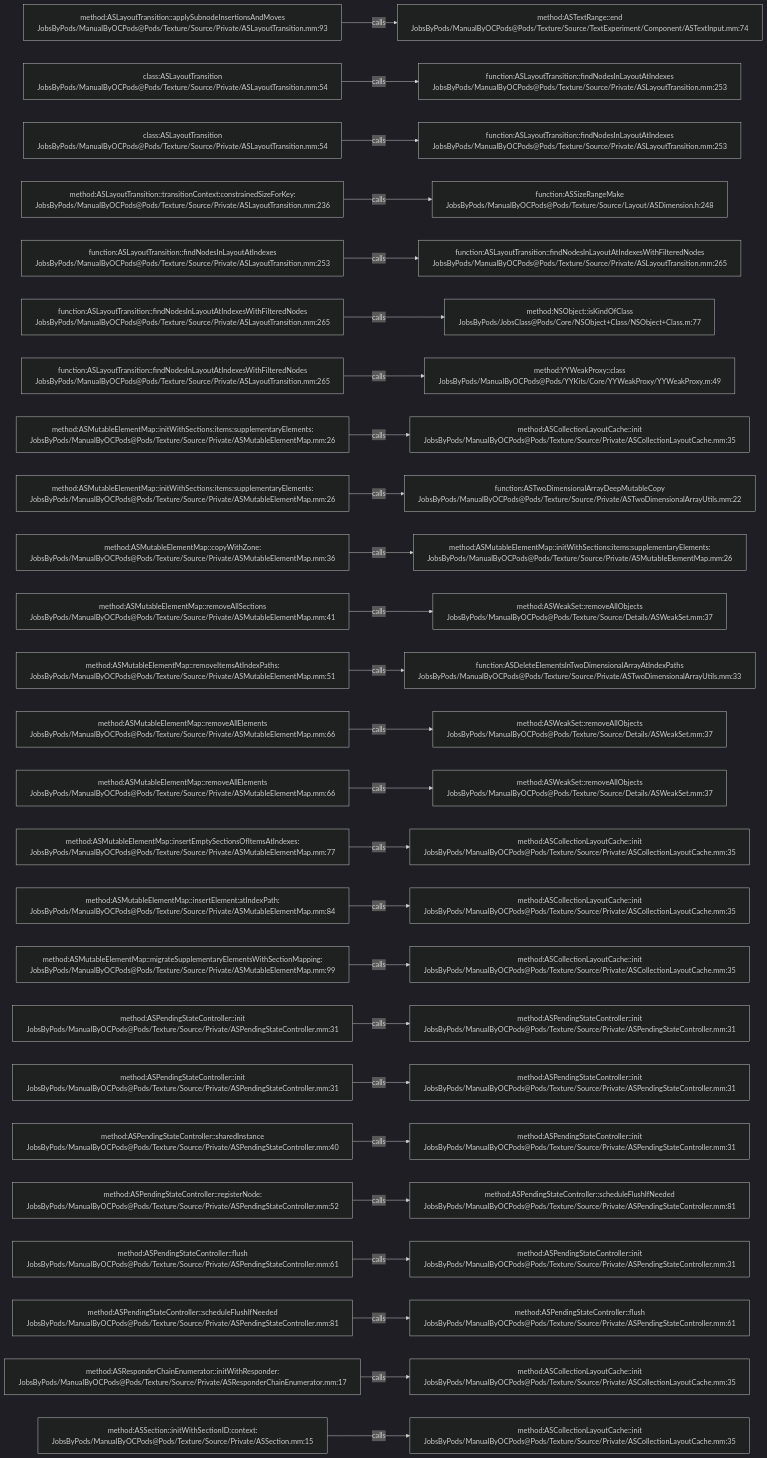
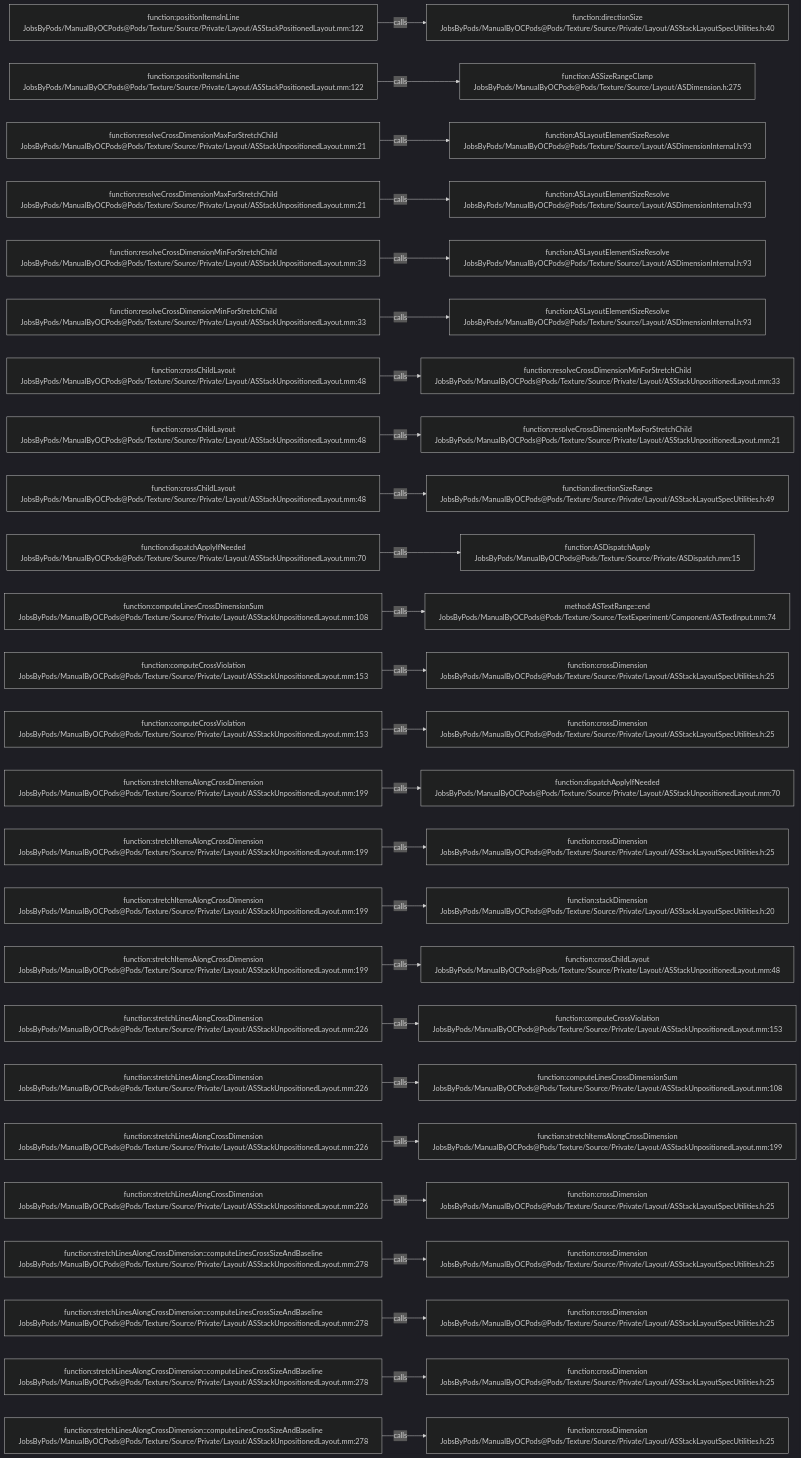
Before and after one commit to JobsKits/JobsOCBaseConfigDemo: the diagram in .codegraph/codegraph.md/graphs/calls-192.md, drawn with Mermaid (dark theme). The commit also changed 1353 other files, not shown here.

````diff
--- a/.codegraph/codegraph.md/graphs/calls-192.md
+++ b/.codegraph/codegraph.md/graphs/calls-192.md
@@ -13,78 +13,78 @@
 ```mermaid
 flowchart LR
-  S1["method:ASLayoutTransition::applySubnodeInsertionsAndMoves<br/>JobsByPods/ManualByOCPods@Pods/Texture/Source/Private/ASLayoutTransition.mm:93"]
-  T1["method:ASTextRange::end<br/>JobsByPods/ManualByOCPods@Pods/Texture/Source/TextExperiment/Component/ASTextInput.mm:74"]
+  S1["function:positionItemsInLine<br/>JobsByPods/ManualByOCPods@Pods/Texture/Source/Private/Layout/ASStackPositionedLayout.mm:122"]
+  T1["function:directionSize<br/>JobsByPods/ManualByOCPods@Pods/Texture/Source/Private/Layout/ASStackLayoutSpecUtilities.h:40"]
   S1 -->|calls| T1
-  S2["class:ASLayoutTransition<br/>JobsByPods/ManualByOCPods@Pods/Texture/Source/Private/ASLayoutTransition.mm:54"]
-  T2["function:ASLayoutTransition::findNodesInLayoutAtIndexes<br/>JobsByPods/ManualByOCPods@Pods/Texture/Source/Private/ASLayoutTransition.mm:253"]
+  S2["function:positionItemsInLine<br/>JobsByPods/ManualByOCPods@Pods/Texture/Source/Private/Layout/ASStackPositionedLayout.mm:122"]
+  T2["function:ASSizeRangeClamp<br/>JobsByPods/ManualByOCPods@Pods/Texture/Source/Layout/ASDimension.h:275"]
   S2 -->|calls| T2
-  S3["class:ASLayoutTransition<br/>JobsByPods/ManualByOCPods@Pods/Texture/Source/Private/ASLayoutTransition.mm:54"]
-  T3["function:ASLayoutTransition::findNodesInLayoutAtIndexes<br/>JobsByPods/ManualByOCPods@Pods/Texture/Source/Private/ASLayoutTransition.mm:253"]
+  S3["function:resolveCrossDimensionMaxForStretchChild<br/>JobsByPods/ManualByOCPods@Pods/Texture/Source/Private/Layout/ASStackUnpositionedLayout.mm:21"]
+  T3["function:ASLayoutElementSizeResolve<br/>JobsByPods/ManualByOCPods@Pods/Texture/Source/Layout/ASDimensionInternal.h:93"]
   S3 -->|calls| T3
-  S4["method:ASLayoutTransition::transitionContext:constrainedSizeForKey:<br/>JobsByPods/ManualByOCPods@Pods/Texture/Source/Private/ASLayoutTransition.mm:236"]
-  T4["function:ASSizeRangeMake<br/>JobsByPods/ManualByOCPods@Pods/Texture/Source/Layout/ASDimension.h:248"]
+  S4["function:resolveCrossDimensionMaxForStretchChild<br/>JobsByPods/ManualByOCPods@Pods/Texture/Source/Private/Layout/ASStackUnpositionedLayout.mm:21"]
+  T4["function:ASLayoutElementSizeResolve<br/>JobsByPods/ManualByOCPods@Pods/Texture/Source/Layout/ASDimensionInternal.h:93"]
   S4 -->|calls| T4
-  S5["function:ASLayoutTransition::findNodesInLayoutAtIndexes<br/>JobsByPods/ManualByOCPods@Pods/Texture/Source/Private/ASLayoutTransition.mm:253"]
-  T5["function:ASLayoutTransition::findNodesInLayoutAtIndexesWithFilteredNodes<br/>JobsByPods/ManualByOCPods@Pods/Texture/Source/Private/ASLayoutTransition.mm:265"]
+  S5["function:resolveCrossDimensionMinForStretchChild<br/>JobsByPods/ManualByOCPods@Pods/Texture/Source/Private/Layout/ASStackUnpositionedLayout.mm:33"]
+  T5["function:ASLayoutElementSizeResolve<br/>JobsByPods/ManualByOCPods@Pods/Texture/Source/Layout/ASDimensionInternal.h:93"]
   S5 -->|calls| T5
-  S6["function:ASLayoutTransition::findNodesInLayoutAtIndexesWithFilteredNodes<br/>JobsByPods/ManualByOCPods@Pods/Texture/Source/Private/ASLayoutTransition.mm:265"]
-  T6["method:NSObject::isKindOfClass<br/>JobsByPods/JobsClass@Pods/Core/NSObject+Class/NSObject+Class.m:77"]
+  S6["function:resolveCrossDimensionMinForStretchChild<br/>JobsByPods/ManualByOCPods@Pods/Texture/Source/Private/Layout/ASStackUnpositionedLayout.mm:33"]
+  T6["function:ASLayoutElementSizeResolve<br/>JobsByPods/ManualByOCPods@Pods/Texture/Source/Layout/ASDimensionInternal.h:93"]
   S6 -->|calls| T6
-  S7["function:ASLayoutTransition::findNodesInLayoutAtIndexesWithFilteredNodes<br/>JobsByPods/ManualByOCPods@Pods/Texture/Source/Private/ASLayoutTransition.mm:265"]
-  T7["method:YYWeakProxy::class<br/>JobsByPods/ManualByOCPods@Pods/YYKits/Core/YYWeakProxy/YYWeakProxy.m:49"]
+  S7["function:crossChildLayout<br/>JobsByPods/ManualByOCPods@Pods/Texture/Source/Private/Layout/ASStackUnpositionedLayout.mm:48"]
+  T7["function:resolveCrossDimensionMinForStretchChild<br/>JobsByPods/ManualByOCPods@Pods/Texture/Source/Private/Layout/ASStackUnpositionedLayout.mm:33"]
   S7 -->|calls| T7
-  S8["method:ASMutableElementMap::initWithSections:items:supplementaryElements:<br/>JobsByPods/ManualByOCPods@Pods/Texture/Source/Private/ASMutableElementMap.mm:26"]
-  T8["method:ASCollectionLayoutCache::init<br/>JobsByPods/ManualByOCPods@Pods/Texture/Source/Private/ASCollectionLayoutCache.mm:35"]
+  S8["function:crossChildLayout<br/>JobsByPods/ManualByOCPods@Pods/Texture/Source/Private/Layout/ASStackUnpositionedLayout.mm:48"]
+  T8["function:resolveCrossDimensionMaxForStretchChild<br/>JobsByPods/ManualByOCPods@Pods/Texture/Source/Private/Layout/ASStackUnpositionedLayout.mm:21"]
   S8 -->|calls| T8
-  S9["method:ASMutableElementMap::initWithSections:items:supplementaryElements:<br/>JobsByPods/ManualByOCPods@Pods/Texture/Source/Private/ASMutableElementMap.mm:26"]
-  T9["function:ASTwoDimensionalArrayDeepMutableCopy<br/>JobsByPods/ManualByOCPods@Pods/Texture/Source/Private/ASTwoDimensionalArrayUtils.mm:22"]
+  S9["function:crossChildLayout<br/>JobsByPods/ManualByOCPods@Pods/Texture/Source/Private/Layout/ASStackUnpositionedLayout.mm:48"]
+  T9["function:directionSizeRange<br/>JobsByPods/ManualByOCPods@Pods/Texture/Source/Private/Layout/ASStackLayoutSpecUtilities.h:49"]
   S9 -->|calls| T9
-  S10["method:ASMutableElementMap::copyWithZone:<br/>JobsByPods/ManualByOCPods@Pods/Texture/Source/Private/ASMutableElementMap.mm:36"]
-  T10["method:ASMutableElementMap::initWithSections:items:supplementaryElements:<br/>JobsByPods/ManualByOCPods@Pods/Texture/Source/Private/ASMutableElementMap.mm:26"]
+  S10["function:dispatchApplyIfNeeded<br/>JobsByPods/ManualByOCPods@Pods/Texture/Source/Private/Layout/ASStackUnpositionedLayout.mm:70"]
+  T10["function:ASDispatchApply<br/>JobsByPods/ManualByOCPods@Pods/Texture/Source/Private/ASDispatch.mm:15"]
   S10 -->|calls| T10
-  S11["method:ASMutableElementMap::removeAllSections<br/>JobsByPods/ManualByOCPods@Pods/Texture/Source/Private/ASMutableElementMap.mm:41"]
-  T11["method:ASWeakSet::removeAllObjects<br/>JobsByPods/ManualByOCPods@Pods/Texture/Source/Details/ASWeakSet.mm:37"]
+  S11["function:computeLinesCrossDimensionSum<br/>JobsByPods/ManualByOCPods@Pods/Texture/Source/Private/Layout/ASStackUnpositionedLayout.mm:108"]
+  T11["method:ASTextRange::end<br/>JobsByPods/ManualByOCPods@Pods/Texture/Source/TextExperiment/Component/ASTextInput.mm:74"]
   S11 -->|calls| T11
-  S12["method:ASMutableElementMap::removeItemsAtIndexPaths:<br/>JobsByPods/ManualByOCPods@Pods/Texture/Source/Private/ASMutableElementMap.mm:51"]
-  T12["function:ASDeleteElementsInTwoDimensionalArrayAtIndexPaths<br/>JobsByPods/ManualByOCPods@Pods/Texture/Source/Private/ASTwoDimensionalArrayUtils.mm:33"]
+  S12["function:computeCrossViolation<br/>JobsByPods/ManualByOCPods@Pods/Texture/Source/Private/Layout/ASStackUnpositionedLayout.mm:153"]
+  T12["function:crossDimension<br/>JobsByPods/ManualByOCPods@Pods/Texture/Source/Private/Layout/ASStackLayoutSpecUtilities.h:25"]
   S12 -->|calls| T12
-  S13["method:ASMutableElementMap::removeAllElements<br/>JobsByPods/ManualByOCPods@Pods/Texture/Source/Private/ASMutableElementMap.mm:66"]
-  T13["method:ASWeakSet::removeAllObjects<br/>JobsByPods/ManualByOCPods@Pods/Texture/Source/Details/ASWeakSet.mm:37"]
+  S13["function:computeCrossViolation<br/>JobsByPods/ManualByOCPods@Pods/Texture/Source/Private/Layout/ASStackUnpositionedLayout.mm:153"]
+  T13["function:crossDimension<br/>JobsByPods/ManualByOCPods@Pods/Texture/Source/Private/Layout/ASStackLayoutSpecUtilities.h:25"]
   S13 -->|calls| T13
-  S14["method:ASMutableElementMap::removeAllElements<br/>JobsByPods/ManualByOCPods@Pods/Texture/Source/Private/ASMutableElementMap.mm:66"]
-  T14["method:ASWeakSet::removeAllObjects<br/>JobsByPods/ManualByOCPods@Pods/Texture/Source/Details/ASWeakSet.mm:37"]
+  S14["function:stretchItemsAlongCrossDimension<br/>JobsByPods/ManualByOCPods@Pods/Texture/Source/Private/Layout/ASStackUnpositionedLayout.mm:199"]
+  T14["function:dispatchApplyIfNeeded<br/>JobsByPods/ManualByOCPods@Pods/Texture/Source/Private/Layout/ASStackUnpositionedLayout.mm:70"]
   S14 -->|calls| T14
-  S15["method:ASMutableElementMap::insertEmptySectionsOfItemsAtIndexes:<br/>JobsByPods/ManualByOCPods@Pods/Texture/Source/Private/ASMutableElementMap.mm:77"]
-  T15["method:ASCollectionLayoutCache::init<br/>JobsByPods/ManualByOCPods@Pods/Texture/Source/Private/ASCollectionLayoutCache.mm:35"]
+  S15["function:stretchItemsAlongCrossDimension<br/>JobsByPods/ManualByOCPods@Pods/Texture/Source/Private/Layout/ASStackUnpositionedLayout.mm:199"]
+  T15["function:crossDimension<br/>JobsByPods/ManualByOCPods@Pods/Texture/Source/Private/Layout/ASStackLayoutSpecUtilities.h:25"]
   S15 -->|calls| T15
-  S16["method:ASMutableElementMap::insertElement:atIndexPath:<br/>JobsByPods/ManualByOCPods@Pods/Texture/Source/Private/ASMutableElementMap.mm:84"]
-  T16["method:ASCollectionLayoutCache::init<br/>JobsByPods/ManualByOCPods@Pods/Texture/Source/Private/ASCollectionLayoutCache.mm:35"]
+  S16["function:stretchItemsAlongCrossDimension<br/>JobsByPods/ManualByOCPods@Pods/Texture/Source/Private/Layout/ASStackUnpositionedLayout.mm:199"]
+  T16["function:stackDimension<br/>JobsByPods/ManualByOCPods@Pods/Texture/Source/Private/Layout/ASStackLayoutSpecUtilities.h:20"]
   S16 -->|calls| T16
-  S17["method:ASMutableElementMap::migrateSupplementaryElementsWithSectionMapping:<br/>JobsByPods/ManualByOCPods@Pods/Texture/Source/Private/ASMutableElementMap.mm:99"]
-  T17["method:ASCollectionLayoutCache::init<br/>JobsByPods/ManualByOCPods@Pods/Texture/Source/Private/ASCollectionLayoutCache.mm:35"]
+  S17["function:stretchItemsAlongCrossDimension<br/>JobsByPods/ManualByOCPods@Pods/Texture/Source/Private/Layout/ASStackUnpositionedLayout.mm:199"]
+  T17["function:crossChildLayout<br/>JobsByPods/ManualByOCPods@Pods/Texture/Source/Private/Layout/ASStackUnpositionedLayout.mm:48"]
   S17 -->|calls| T17
-  S18["method:ASPendingStateController::init<br/>JobsByPods/ManualByOCPods@Pods/Texture/Source/Private/ASPendingStateController.mm:31"]
-  T18["method:ASPendingStateController::init<br/>JobsByPods/ManualByOCPods@Pods/Texture/Source/Private/ASPendingStateController.mm:31"]
+  S18["function:stretchLinesAlongCrossDimension<br/>JobsByPods/ManualByOCPods@Pods/Texture/Source/Private/Layout/ASStackUnpositionedLayout.mm:226"]
+  T18["function:computeCrossViolation<br/>JobsByPods/ManualByOCPods@Pods/Texture/Source/Private/Layout/ASStackUnpositionedLayout.mm:153"]
   S18 -->|calls| T18
-  S19["method:ASPendingStateController::init<br/>JobsByPods/ManualByOCPods@Pods/Texture/Source/Private/ASPendingStateController.mm:31"]
-  T19["method:ASPendingStateController::init<br/>JobsByPods/ManualByOCPods@Pods/Texture/Source/Private/ASPendingStateController.mm:31"]
+  S19["function:stretchLinesAlongCrossDimension<br/>JobsByPods/ManualByOCPods@Pods/Texture/Source/Private/Layout/ASStackUnpositionedLayout.mm:226"]
+  T19["function:computeLinesCrossDimensionSum<br/>JobsByPods/ManualByOCPods@Pods/Texture/Source/Private/Layout/ASStackUnpositionedLayout.mm:108"]
   S19 -->|calls| T19
-  S20["method:ASPendingStateController::sharedInstance<br/>JobsByPods/ManualByOCPods@Pods/Texture/Source/Private/ASPendingStateController.mm:40"]
-  T20["method:ASPendingStateController::init<br/>JobsByPods/ManualByOCPods@Pods/Texture/Source/Private/ASPendingStateController.mm:31"]
+  S20["function:stretchLinesAlongCrossDimension<br/>JobsByPods/ManualByOCPods@Pods/Texture/Source/Private/Layout/ASStackUnpositionedLayout.mm:226"]
+  T20["function:stretchItemsAlongCrossDimension<br/>JobsByPods/ManualByOCPods@Pods/Texture/Source/Private/Layout/ASStackUnpositionedLayout.mm:199"]
   S20 -->|calls| T20
-  S21["method:ASPendingStateController::registerNode:<br/>JobsByPods/ManualByOCPods@Pods/Texture/Source/Private/ASPendingStateController.mm:52"]
-  T21["method:ASPendingStateController::scheduleFlushIfNeeded<br/>JobsByPods/ManualByOCPods@Pods/Texture/Source/Private/ASPendingStateController.mm:81"]
+  S21["function:stretchLinesAlongCrossDimension<br/>JobsByPods/ManualByOCPods@Pods/Texture/Source/Private/Layout/ASStackUnpositionedLayout.mm:226"]
+  T21["function:crossDimension<br/>JobsByPods/ManualByOCPods@Pods/Texture/Source/Private/Layout/ASStackLayoutSpecUtilities.h:25"]
   S21 -->|calls| T21
-  S22["method:ASPendingStateController::flush<br/>JobsByPods/ManualByOCPods@Pods/Texture/Source/Private/ASPendingStateController.mm:61"]
-  T22["method:ASPendingStateController::init<br/>JobsByPods/ManualByOCPods@Pods/Texture/Source/Private/ASPendingStateController.mm:31"]
+  S22["function:stretchLinesAlongCrossDimension::computeLinesCrossSizeAndBaseline<br/>JobsByPods/ManualByOCPods@Pods/Texture/Source/Private/Layout/ASStackUnpositionedLayout.mm:278"]
+  T22["function:crossDimension<br/>JobsByPods/ManualByOCPods@Pods/Texture/Source/Private/Layout/ASStackLayoutSpecUtilities.h:25"]
   S22 -->|calls| T22
-  S23["method:ASPendingStateController::scheduleFlushIfNeeded<br/>JobsByPods/ManualByOCPods@Pods/Texture/Source/Private/ASPendingStateController.mm:81"]
-  T23["method:ASPendingStateController::flush<br/>JobsByPods/ManualByOCPods@Pods/Texture/Source/Private/ASPendingStateController.mm:61"]
+  S23["function:stretchLinesAlongCrossDimension::computeLinesCrossSizeAndBaseline<br/>JobsByPods/ManualByOCPods@Pods/Texture/Source/Private/Layout/ASStackUnpositionedLayout.mm:278"]
+  T23["function:crossDimension<br/>JobsByPods/ManualByOCPods@Pods/Texture/Source/Private/Layout/ASStackLayoutSpecUtilities.h:25"]
   S23 -->|calls| T23
-  S24["method:ASResponderChainEnumerator::initWithResponder:<br/>JobsByPods/ManualByOCPods@Pods/Texture/Source/Private/ASResponderChainEnumerator.mm:17"]
-  T24["method:ASCollectionLayoutCache::init<br/>JobsByPods/ManualByOCPods@Pods/Texture/Source/Private/ASCollectionLayoutCache.mm:35"]
+  S24["function:stretchLinesAlongCrossDimension::computeLinesCrossSizeAndBaseline<br/>JobsByPods/ManualByOCPods@Pods/Texture/Source/Private/Layout/ASStackUnpositionedLayout.mm:278"]
+  T24["function:crossDimension<br/>JobsByPods/ManualByOCPods@Pods/Texture/Source/Private/Layout/ASStackLayoutSpecUtilities.h:25"]
   S24 -->|calls| T24
-  S25["method:ASSection::initWithSectionID:context:<br/>JobsByPods/ManualByOCPods@Pods/Texture/Source/Private/ASSection.mm:15"]
-  T25["method:ASCollectionLayoutCache::init<br/>JobsByPods/ManualByOCPods@Pods/Texture/Source/Private/ASCollectionLayoutCache.mm:35"]
+  S25["function:stretchLinesAlongCrossDimension::computeLinesCrossSizeAndBaseline<br/>JobsByPods/ManualByOCPods@Pods/Texture/Source/Private/Layout/ASStackUnpositionedLayout.mm:278"]
+  T25["function:crossDimension<br/>JobsByPods/ManualByOCPods@Pods/Texture/Source/Private/Layout/ASStackLayoutSpecUtilities.h:25"]
   S25 -->|calls| T25
 ```
````
